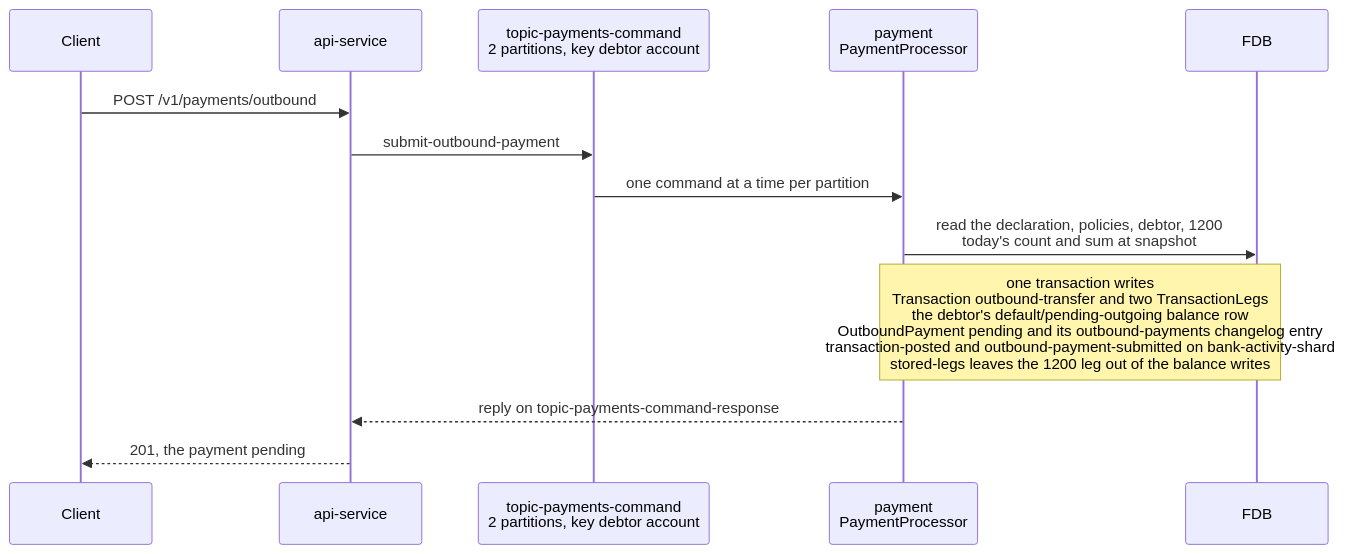
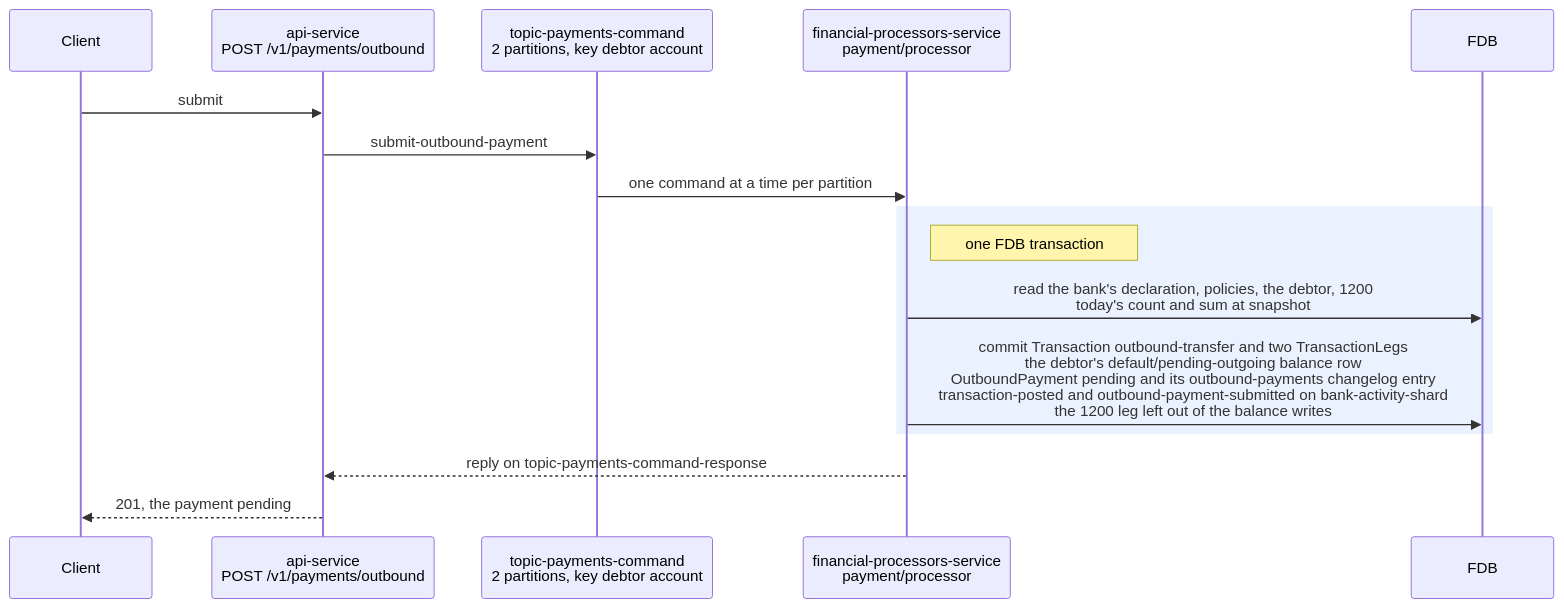
The second of 7 diagrams in docs/tdd/payments-outbound.md (repldriven/queenswood), drawn with Mermaid before and after one commit. The commit also changed other lines of this file, not shown here.

First line of the commit message:
Draw each FDB transaction as a commit to it, and name every participant as it is in the code

````diff
--- a/docs/tdd/payments-outbound.md
+++ b/docs/tdd/payments-outbound.md
@@ -72,15 +83,18 @@
 ```mermaid
 sequenceDiagram
     participant C as Client
-    participant API as api-service
+    participant API as api-service<br/>POST /v1/payments/outbound
     participant PC as topic-payments-command<br/>2 partitions, key debtor account
-    participant PP as payment<br/>PaymentProcessor
+    participant PP as financial-processors-service<br/>payment/processor
     participant DB as FDB
-    C->>API: POST /v1/payments/outbound
+    C->>API: submit
     API->>PC: submit-outbound-payment
     PC->>PP: one command at a time per partition
-    PP->>DB: read the declaration, policies, debtor, 1200<br/>today's count and sum at snapshot
-    Note over PP,DB: one transaction writes<br/>Transaction outbound-transfer and two TransactionLegs<br/>the debtor's default/pending-outgoing balance row<br/>OutboundPayment pending and its outbound-payments changelog entry<br/>transaction-posted and outbound-payment-submitted on bank-activity-shard<br/>stored-legs leaves the 1200 leg out of the balance writes
+    rect rgb(235, 242, 255)
+    Note right of PP: one FDB transaction
+    PP->>DB: read the bank's declaration, policies, the debtor, 1200<br/>today's count and sum at snapshot
+    PP->>DB: commit Transaction outbound-transfer and two TransactionLegs<br/>the debtor's default/pending-outgoing balance row<br/>OutboundPayment pending and its outbound-payments changelog entry<br/>transaction-posted and outbound-payment-submitted on bank-activity-shard<br/>the 1200 leg left out of the balance writes
+    end
     PP-->>API: reply on topic-payments-command-response
     API-->>C: 201, the payment pending
 ```
````
